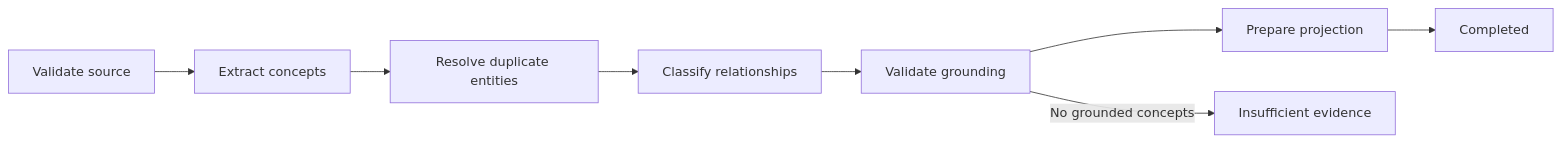
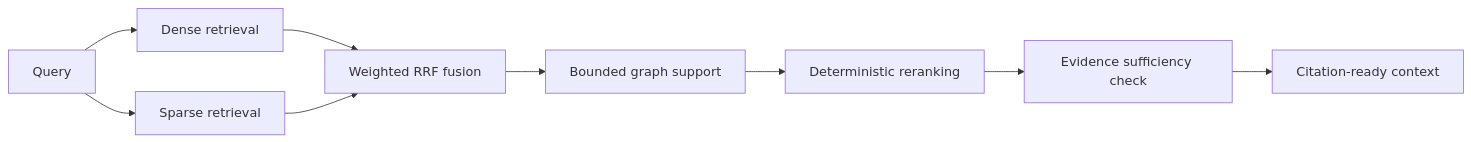
Before and after one commit to Dhruvg334/Tessarion: the third of 6 diagrams in README.md, drawn with Mermaid. The commit also changed other lines of this file and 2 other files, not shown here.

````diff
--- a/README.md
+++ b/README.md
@@ -139,10 +175,11 @@
 ```mermaid
 flowchart LR
-    V[Validate source] --> X[Extract concepts]
-    X --> R[Resolve duplicate entities]
-    R --> C[Classify relationships]
-    C --> G[Validate grounding]
-    G --> P[Prepare projection]
-    G -->|No grounded concepts| I[Insufficient evidence]
-    P --> D[Completed]
+    Q[Query] --> D[Dense retrieval]
+    Q --> S[Sparse retrieval]
+    D --> F[Weighted RRF fusion]
+    S --> F
+    F --> G[Bounded graph support]
+    G --> R[Deterministic reranking]
+    R --> E[Evidence sufficiency check]
+    E --> C[Citation-ready context]
 ```
````
